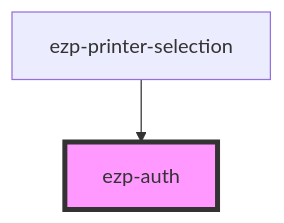
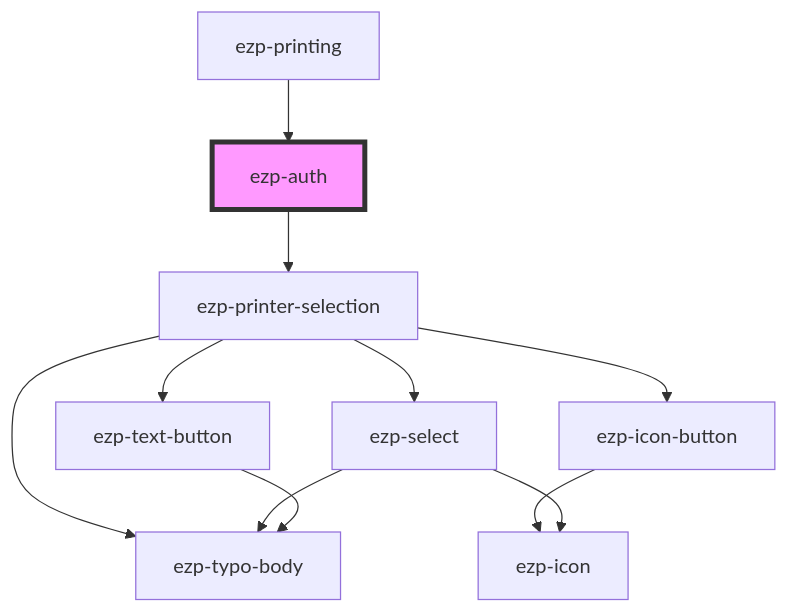
Before and after one commit to ezeep/ezeep-js: the diagram in src/components/ezp-auth/readme.md, drawn with Mermaid. The commit also changed other lines of this file and 22 other files, not shown here.

````diff
--- a/src/components/ezp-auth/readme.md
+++ b/src/components/ezp-auth/readme.md
@@ -21,5 +24,14 @@
 ```mermaid
 graph TD;
-  ezp-printer-selection --> ezp-auth
+  ezp-auth --> ezp-printer-selection
+  ezp-printer-selection --> ezp-typo-body
+  ezp-printer-selection --> ezp-icon-button
+  ezp-printer-selection --> ezp-select
+  ezp-printer-selection --> ezp-text-button
+  ezp-icon-button --> ezp-icon
+  ezp-select --> ezp-icon
+  ezp-select --> ezp-typo-body
+  ezp-text-button --> ezp-typo-body
+  ezp-printing --> ezp-auth
   style ezp-auth fill:#f9f,stroke:#333,stroke-width:4px
 ```
````
